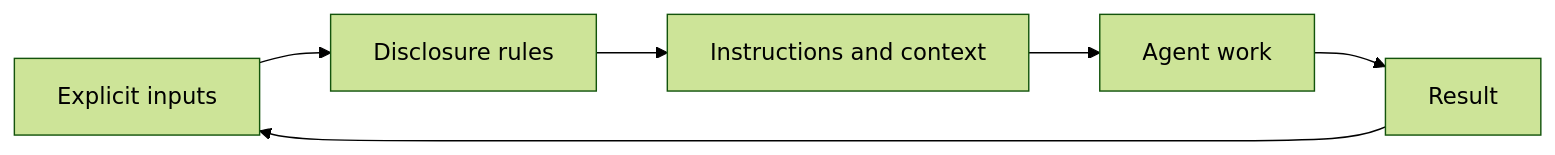
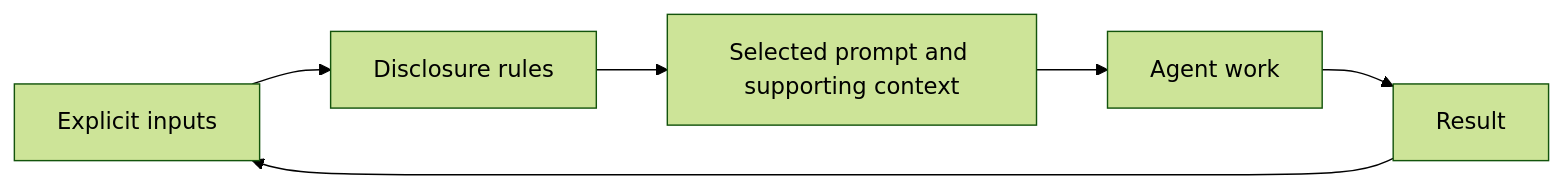
One commit to david-rzepa/zzzops changed the first of 2 diagrams in docs/WHITEPAPER.md. Above: the diagram before and after it, drawn with Mermaid (forest theme). The commit also changed other lines of this file, not shown here.

````diff
--- a/docs/WHITEPAPER.md
+++ b/docs/WHITEPAPER.md
@@ -25,8 +25,8 @@
 ```mermaid
 flowchart LR
   I[Explicit inputs] --> R[Disclosure rules]
-  R --> H[Instructions and context]
+  R --> H[Selected prompt and supporting context]
   H --> A[Agent work]
   A --> O[Result]
   O --> I
 ```
````
